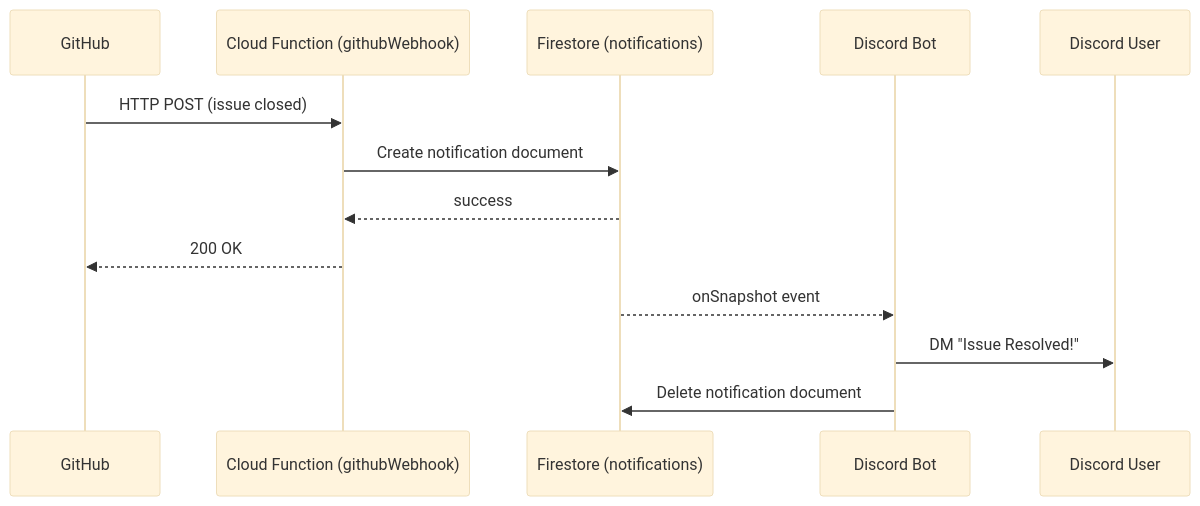
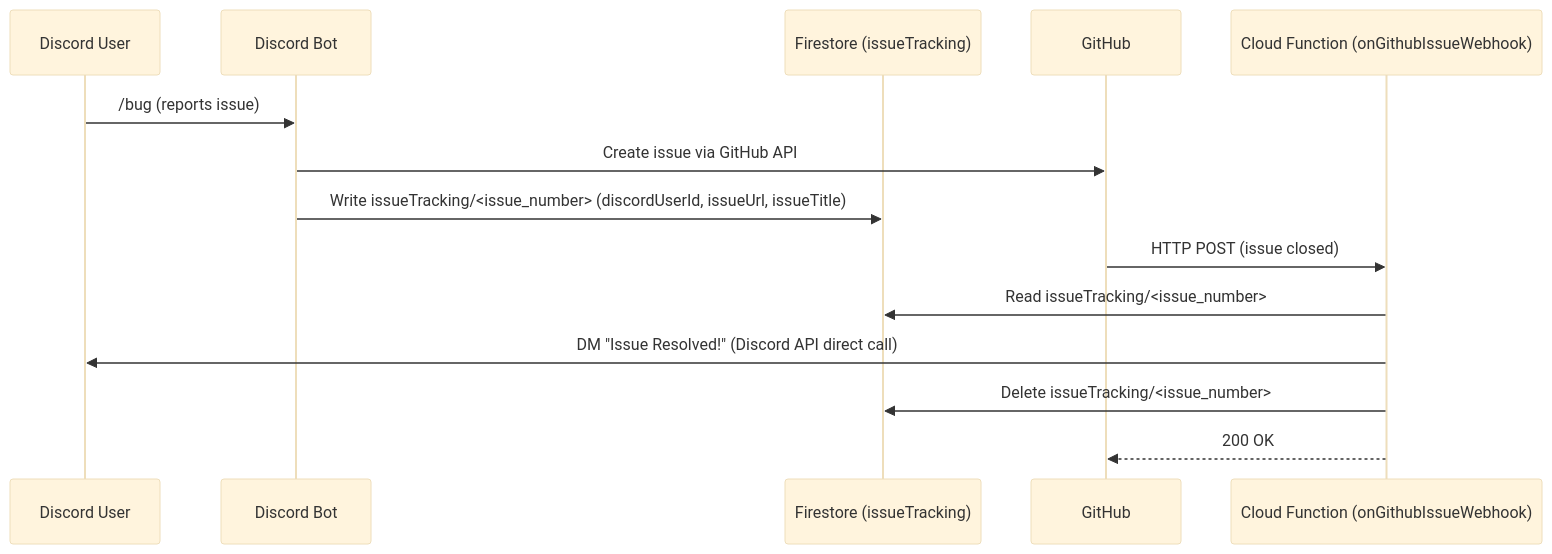
The third of 5 diagrams in ARCHITECTURE.md (TytaniumDev/MythicPlusDiscordBot), drawn with Mermaid (base theme) before and after one commit. The commit also changed other lines of this file, not shown here.

Commit message:
docs: correct Cloud Functions names and webhook flow in architecture

````diff
--- a/ARCHITECTURE.md
+++ b/ARCHITECTURE.md
@@ -183,16 +186,17 @@
 ```mermaid
 sequenceDiagram
+    participant User as Discord User
+    participant Bot as Discord Bot
+    participant Firestore as Firestore (issueTracking)
     participant GitHub
-    participant Webhook as Cloud Function (githubWebhook)
-    participant Firestore as Firestore (notifications)
-    participant Bot as Discord Bot
-    participant User as Discord User
+    participant Webhook as Cloud Function (onGithubIssueWebhook)
 
+    User->>Bot: /bug (reports issue)
+    Bot->>GitHub: Create issue via GitHub API
+    Bot->>Firestore: Write issueTracking/<issue_number> (discordUserId, issueUrl, issueTitle)
     GitHub->>Webhook: HTTP POST (issue closed)
-    Webhook->>Firestore: Create notification document
-    Firestore-->>Webhook: success
+    Webhook->>Firestore: Read issueTracking/<issue_number>
+    Webhook->>User: DM "Issue Resolved!" (Discord API direct call)
+    Webhook->>Firestore: Delete issueTracking/<issue_number>
     Webhook-->>GitHub: 200 OK
-    Firestore-->>Bot: onSnapshot event
-    Bot->>User: DM "Issue Resolved!"
-    Bot->>Firestore: Delete notification document
 ```
````
